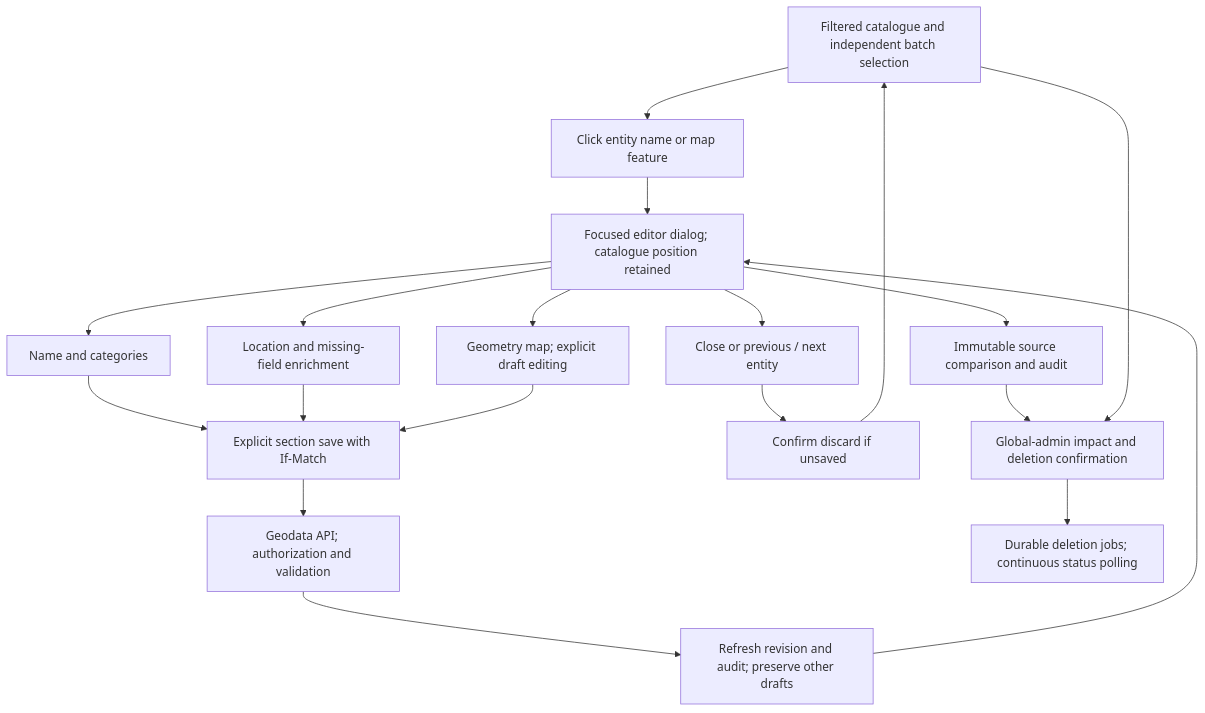
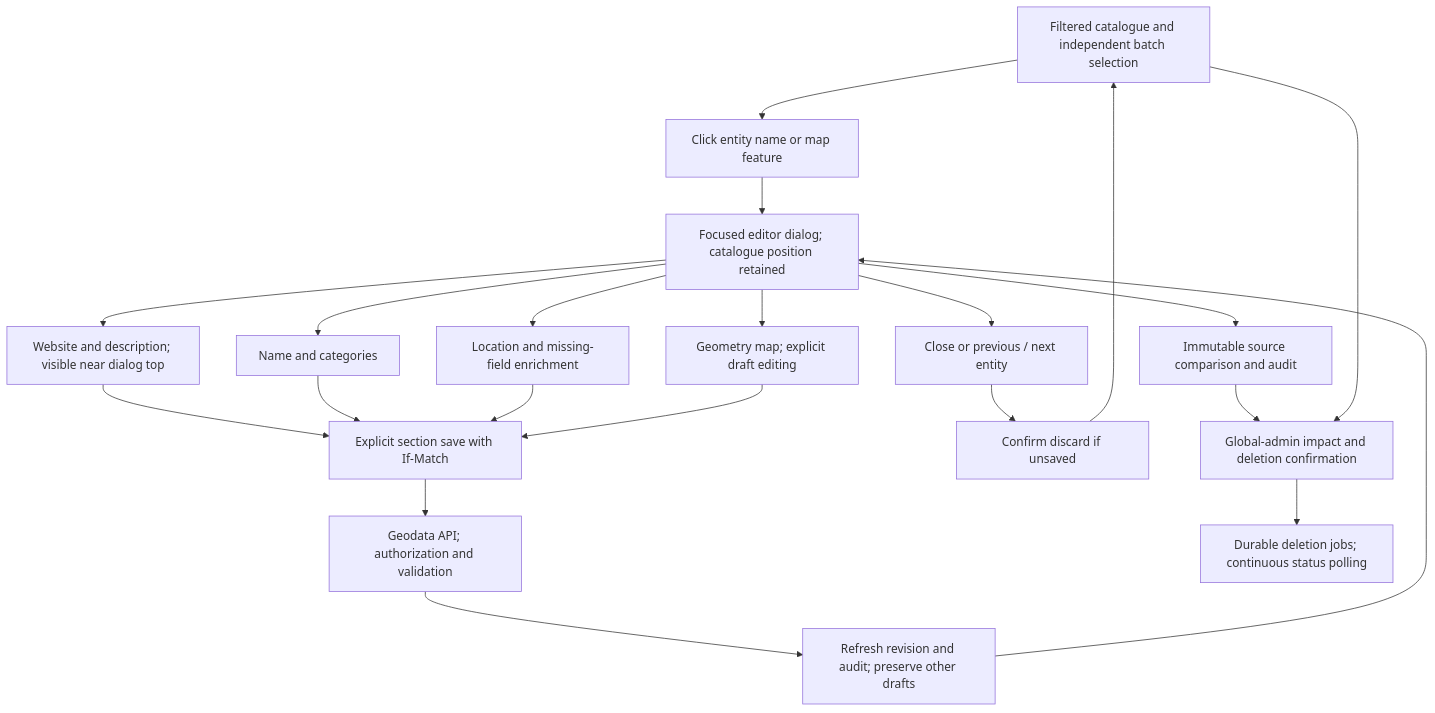
Before and after one commit to myota-platform/myota-docs: the diagram in docs/architecture/diagrams/entity-catalogue-editor.md, drawn with Mermaid.

Commit message:
docs(architecture): show metadata controls in editor diagram
Add the prominent Website and Description section to the entity editor
workflow diagram and its save path.

````diff
--- a/docs/architecture/diagrams/entity-catalogue-editor.md
+++ b/docs/architecture/diagrams/entity-catalogue-editor.md
@@ -3,23 +3,24 @@
 ```mermaid
 flowchart TD
   Catalogue["Filtered catalogue and independent batch selection"]
   Select["Click entity name or map feature"]
   Editor["Focused editor dialog; catalogue position retained"]
   Details["Name and categories"]
+  PublicDetails["Website and description; visible near dialog top"]
   Location["Location and missing-field enrichment"]
   Geometry["Geometry map; explicit draft editing"]
   Evidence["Immutable source comparison and audit"]
   Save["Explicit section save with If-Match"]
   API["Geodata API; authorization and validation"]
   Refresh["Refresh revision and audit; preserve other drafts"]
   Leave["Close or previous / next entity"]
   Guard["Confirm discard if unsaved"]
   Delete["Global-admin impact and deletion confirmation"]
   Jobs["Durable deletion jobs; continuous status polling"]
   Catalogue --> Select --> Editor
-  Editor --> Details & Location & Geometry & Evidence
-  Details & Location & Geometry --> Save --> API --> Refresh --> Editor
+  Editor --> PublicDetails & Details & Location & Geometry & Evidence
+  PublicDetails & Details & Location & Geometry --> Save --> API --> Refresh --> Editor
   Editor --> Leave --> Guard --> Catalogue
   Evidence --> Delete --> Jobs
   Catalogue --> Delete
 ```
````
